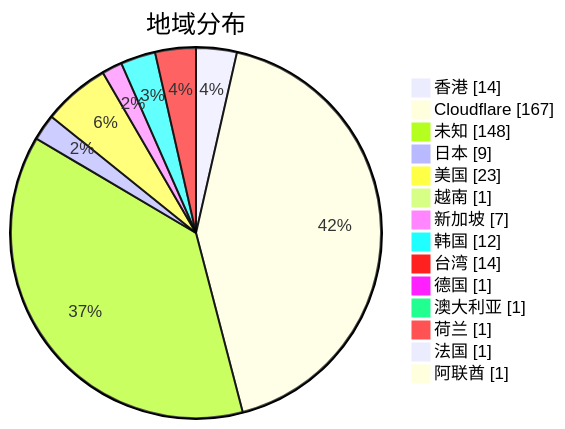
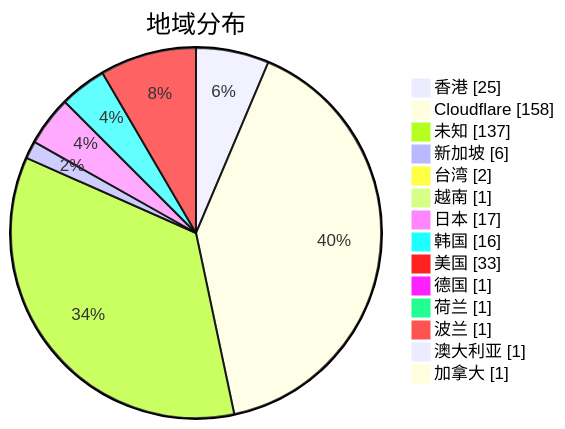
Before and after one commit to qjlxg/airport: the second of 3 diagrams in subs/statistics/tested_within.md, drawn with Mermaid. The commit also changed other lines of this file and 2 other files, not shown here.

````diff
--- a/subs/statistics/tested_within.md
+++ b/subs/statistics/tested_within.md
@@ -13,18 +13,18 @@
 ```mermaid
 pie showData
 title 地域分布
-"香港" : 14
-"Cloudflare" : 167
-"未知" : 148
-"日本" : 9
-"美国" : 23
+"香港" : 25
+"Cloudflare" : 158
+"未知" : 137
+"新加坡" : 6
+"台湾" : 2
 "越南" : 1
-"新加坡" : 7
-"韩国" : 12
-"台湾" : 14
+"日本" : 17
+"韩国" : 16
+"美国" : 33
 "德国" : 1
+"荷兰" : 1
+"波兰" : 1
 "澳大利亚" : 1
-"荷兰" : 1
-"法国" : 1
-"阿联酋" : 1
+"加拿大" : 1
 ```
````
